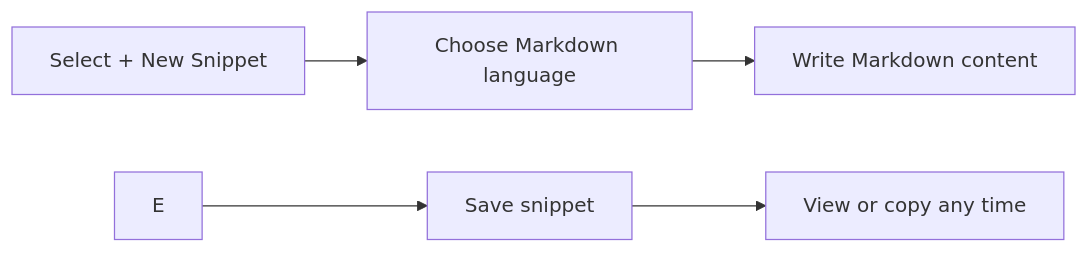
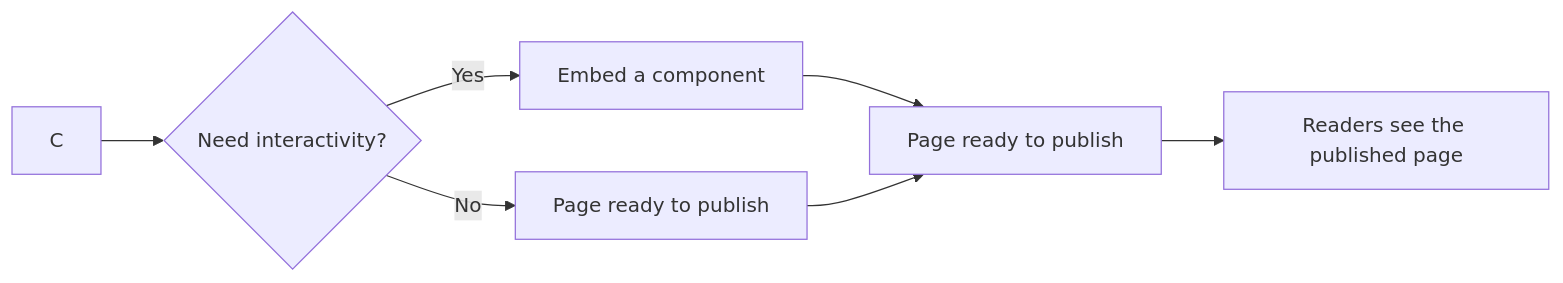
One commit to Mohita111/API2 changed the diagram in api2-documentation/plan_2026-11-02_f8890e/user-facing-docs/mdx-markdown-authoring.md. Above: the diagram before and after it, drawn with Mermaid. The commit also changed other lines of this file and 14 other files, not shown here.

````diff
--- a/api2-documentation/plan_2026-11-02_f8890e/user-facing-docs/mdx-markdown-authoring.md
+++ b/api2-documentation/plan_2026-11-02_f8890e/user-facing-docs/mdx-markdown-authoring.md
@@ -44,7 +52,9 @@
 ```mermaid
 graph LR
-    A[Select + New Snippet] --> B[Choose Markdown language]
-    B --> C[Write Markdown content]
-    E --> F[Save snippet]
-    F --> G[View or copy any time]
+    C --> D{"Need interactivity?"}
+    D -- Yes --> E[Embed a component]
+    D -- No --> F[Page ready to publish]
+    E --> G[Page ready to publish]
+    F --> G
+    G --> H[Readers see the published page]
 ```
````
